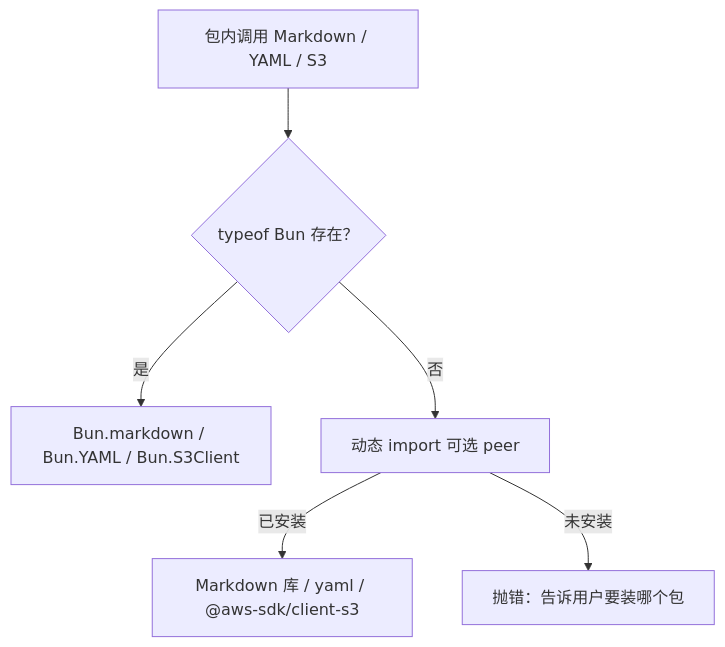
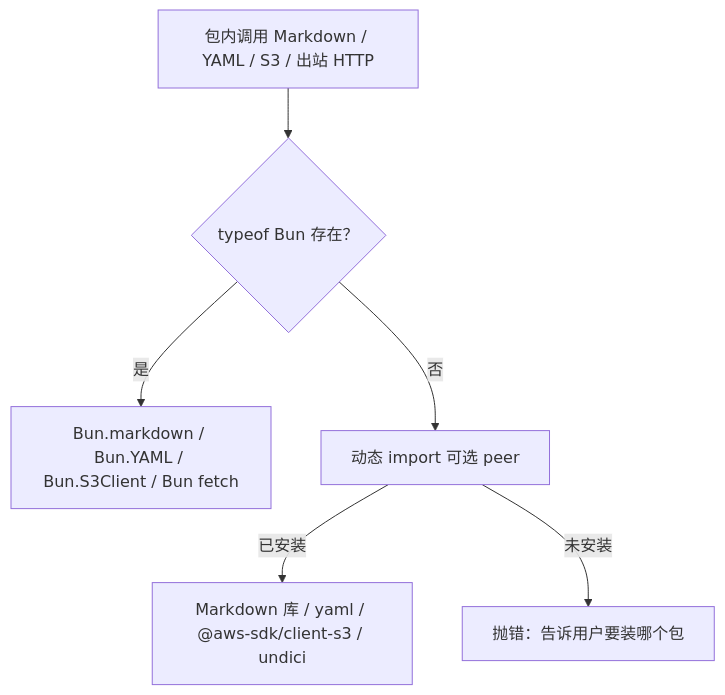
Before and after one commit to AkaraChen/sex: the second of 3 diagrams in docs/architecture.md, drawn with Mermaid. The commit also changed other lines of this file and 15 other files, not shown here.

First line of the commit message:
sex-egress 在 Node 上改走 undici，去掉手写的 node:http(s) 路径

````diff
--- a/docs/architecture.md
+++ b/docs/architecture.md
@@ -150,8 +159,8 @@
 ```mermaid
 flowchart TD
-  call["包内调用 Markdown / YAML / S3"] --> isBun{"typeof Bun 存在？"}
-  isBun -->|是| bunApi["Bun.markdown / Bun.YAML / Bun.S3Client"]
+  call["包内调用 Markdown / YAML / S3 / 出站 HTTP"] --> isBun{"typeof Bun 存在？"}
+  isBun -->|是| bunApi["Bun.markdown / Bun.YAML / Bun.S3Client / Bun fetch"]
   isBun -->|否| imp["动态 import 可选 peer"]
-  imp -->|已安装| lib["Markdown 库 / yaml / @aws-sdk/client-s3"]
+  imp -->|已安装| lib["Markdown 库 / yaml / @aws-sdk/client-s3 / undici"]
   imp -->|未安装| err["抛错：告诉用户要装哪个包"]
 ```
````
